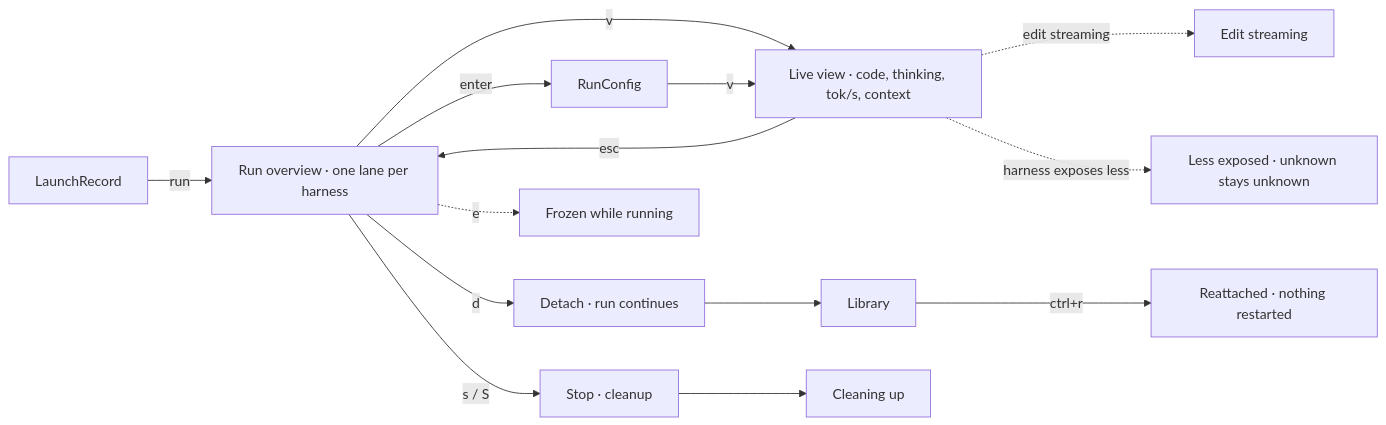
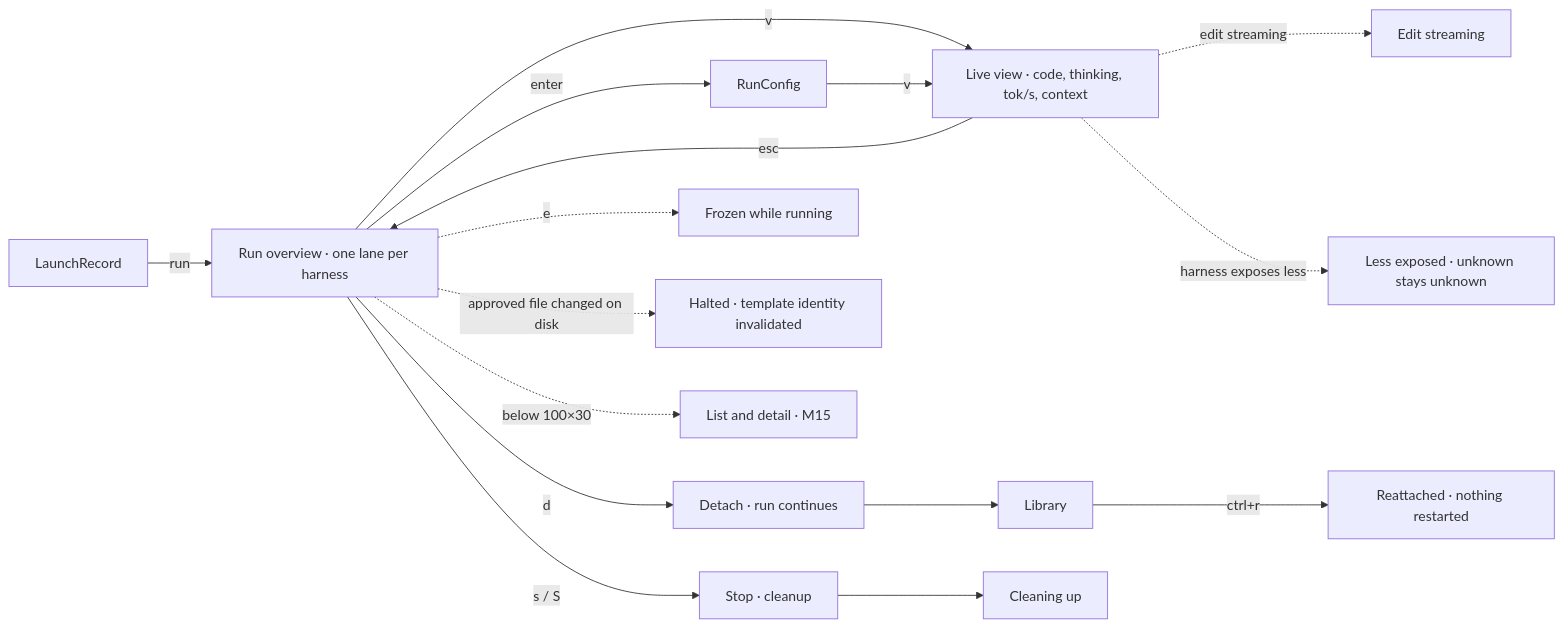
Before and after one commit to AxionomicAI/AxBenchmark: diagram 16 of 23 in spec/design/wireframe-tui/navigation.md, drawn with Mermaid. The commit also changed other lines of this file and 228 other files, not shown here.

````diff
--- a/spec/design/wireframe-tui/navigation.md
+++ b/spec/design/wireframe-tui/navigation.md
@@ -290,16 +352,18 @@
 ```mermaid
 flowchart LR
     LaunchRecord -->|run| RunOverview["Run overview · one lane per harness"]
     RunOverview -->|enter| RunConfig
     RunOverview -->|v| HarnessLive["Live view · code, thinking, tok/s, context"]
     RunConfig -->|v| HarnessLive
     HarnessLive -.->|edit streaming| HarnessLiveStreaming["Edit streaming"]
     HarnessLive -.->|harness exposes less| HarnessLiveLimited["Less exposed · unknown stays unknown"]
     HarnessLive -->|esc| RunOverview
     RunOverview -->|d| RunDetach["Detach · run continues"]
     RunDetach --> Library
     Library -->|ctrl+r| RunReattached["Reattached · nothing restarted"]
     RunOverview -->|s / S| StopConfirm["Stop · cleanup"]
     StopConfirm --> StopCleanup["Cleaning up"]
     RunOverview -.->|e| ActiveLocked["Frozen while running"]
+    RunOverview -.->|approved file changed on disk| RunHalted["Halted · template identity invalidated"]
+    RunOverview -.->|below 100×30| RunListDetail["List and detail · M15"]
 ```
````
